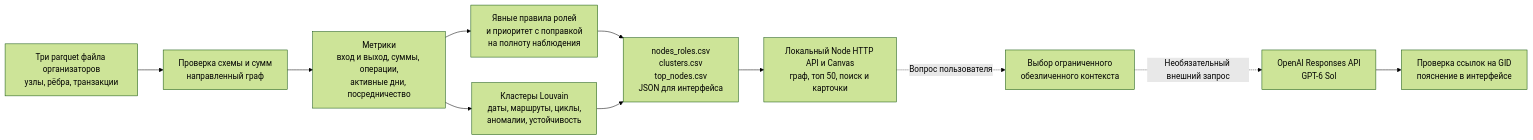
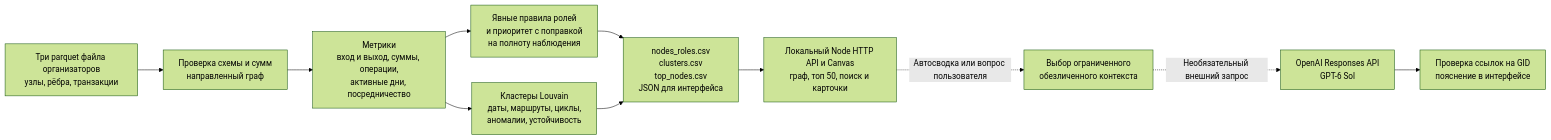
One commit to BAITC-Hacks/hack-d4a071e9-mydream changed the diagram in SOLUTION.md. Above: the diagram before and after it, drawn with Mermaid (forest theme). The commit also changed other lines of this file and 19 other files, not shown here.

````diff
--- a/SOLUTION.md
+++ b/SOLUTION.md
@@ -3,13 +3,13 @@
 ```mermaid
 flowchart LR
     A[Три parquet файла организаторов<br/>узлы, рёбра, транзакции] --> B[Проверка схемы и сумм<br/>направленный граф]
     B --> C[Метрики<br/>вход и выход, суммы, операции,<br/>активные дни, посредничество]
     C --> D[Явные правила ролей<br/>и приоритет с поправкой<br/>на полноту наблюдения]
     C --> G[Кластеры Louvain<br/>даты, маршруты, циклы,<br/>аномалии, устойчивость]
     D --> F[nodes_roles.csv<br/>clusters.csv<br/>top_nodes.csv<br/>JSON для интерфейса]
     G --> F
     F --> E[Локальный Node HTTP API и Canvas<br/>граф, топ 50, поиск и карточки]
-    E -. Вопрос пользователя .-> H[Выбор ограниченного<br/>обезличенного контекста]
+    E -. Автосводка или вопрос пользователя .-> H[Выбор ограниченного<br/>обезличенного контекста]
     H -. Необязательный внешний запрос .-> I[OpenAI Responses API<br/>GPT-6 Sol]
     I --> J[Проверка ссылок на GID<br/>пояснение в интерфейсе]
 ```
````
